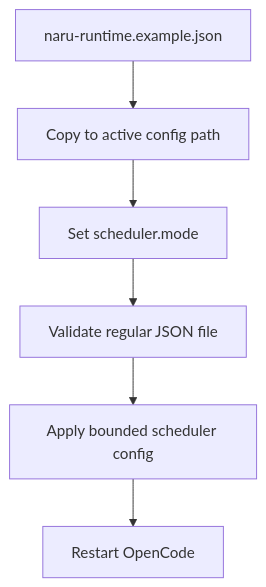
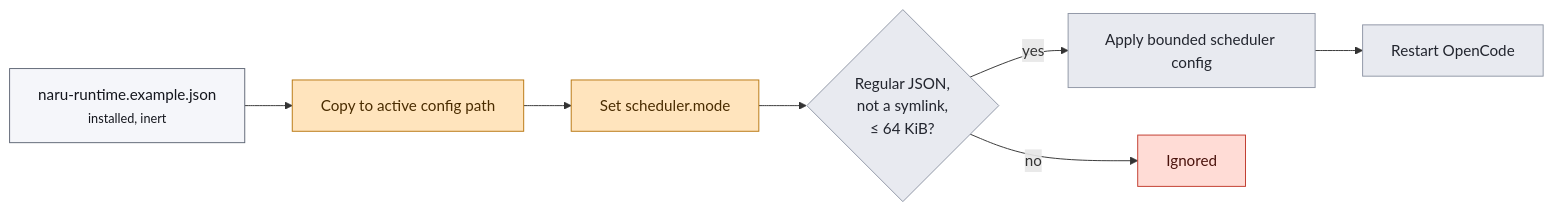
One commit to sean35mm/naru-opencode changed the diagram in docs/src/content/docs/reference/runtime-config.md. Above: the diagram before and after it, drawn with Mermaid. The commit also changed other lines of this file and 18 other files, not shown here.

First line of the commit message:
docs: redesign documentation site and diagrams

````diff
--- a/docs/src/content/docs/reference/runtime-config.md
+++ b/docs/src/content/docs/reference/runtime-config.md
@@ -12,8 +12,19 @@
 ```mermaid
-flowchart TD
-  A[naru-runtime.example.json] --> B[Copy to active config path]
-  B --> C[Set scheduler.mode]
-  C --> D[Validate regular JSON file]
-  D --> E[Apply bounded scheduler config]
-  E --> F[Restart OpenCode]
+flowchart LR
+  A["naru-runtime.example.json<br/><small>installed, inert</small>"]:::artifact
+  B["Copy to active config path"]:::write
+  C["Set scheduler.mode"]:::write
+  D{"Regular JSON,<br/>not a symlink,<br/>≤ 64 KiB?"}:::gate
+  E["Apply bounded scheduler config"]:::gate
+  F["Restart OpenCode"]:::gate
+  X["Ignored"]:::danger
+
+  A --> B --> C --> D
+  D -->|no| X
+  D -->|yes| E --> F
+
+  classDef write fill:#ffe4bd,stroke:#b8760f,color:#4a2c00
+  classDef gate fill:#e8eaf0,stroke:#8f96a5,color:#22252e
+  classDef danger fill:#ffdcd6,stroke:#c0392b,color:#4a120c
+  classDef artifact fill:#f5f6fa,stroke:#5f6675,color:#14161d
 ```
````
